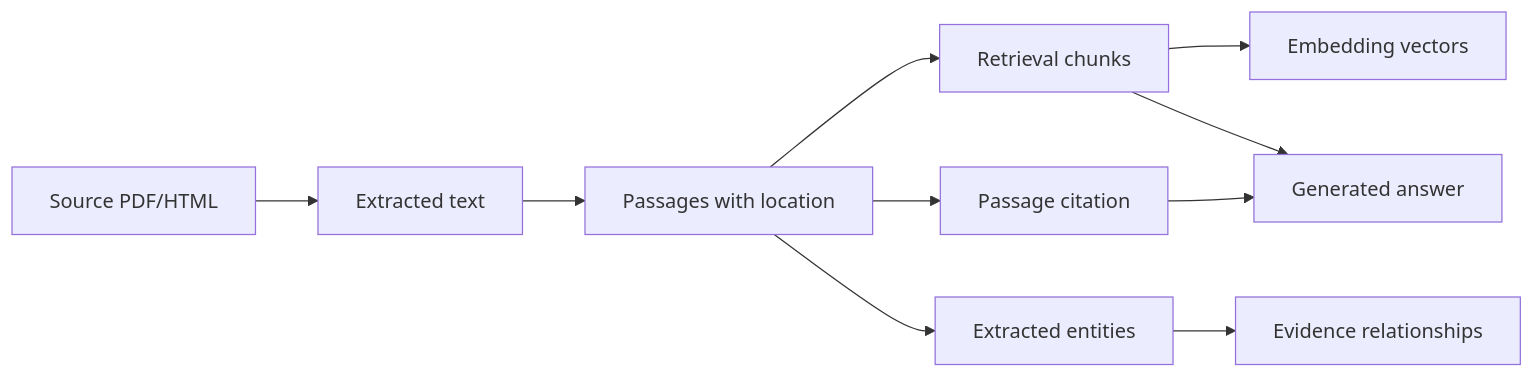
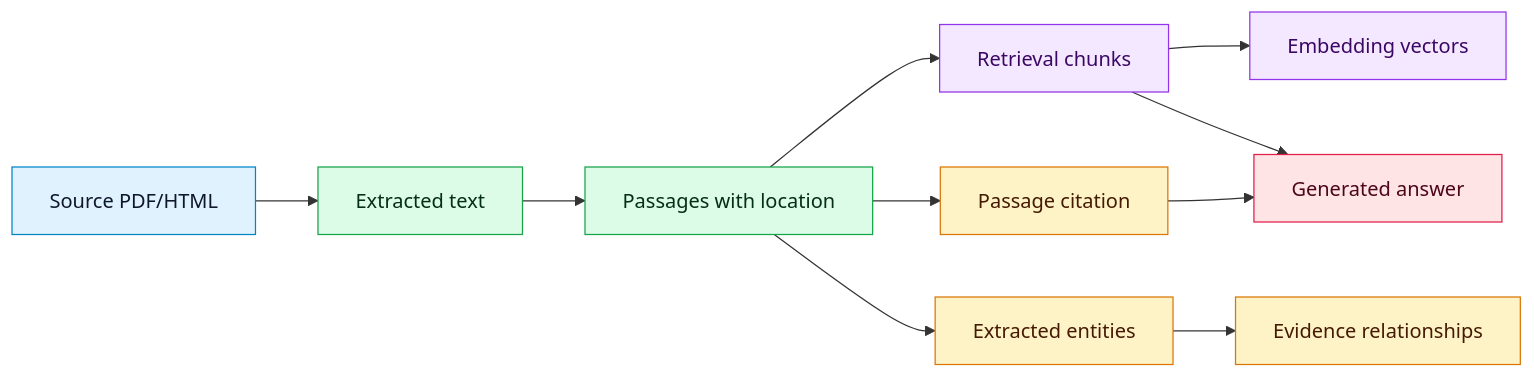
The diagram in docs/architecture/DATA_ARCHITECTURE.md (bluefate/spacebio-evidence-engine), drawn with Mermaid before and after one commit. The commit also changed 24 other files, not shown here.

````diff
--- a/docs/architecture/DATA_ARCHITECTURE.md
+++ b/docs/architecture/DATA_ARCHITECTURE.md
@@ -13,12 +13,24 @@
 ```mermaid
 flowchart LR
   PDF["Source PDF/HTML"] --> Text["Extracted text"]
   Text --> Passage["Passages with location"]
   Passage --> Chunk["Retrieval chunks"]
   Chunk --> Embedding["Embedding vectors"]
   Passage --> Entity["Extracted entities"]
   Entity --> Relationship["Evidence relationships"]
   Chunk --> Answer["Generated answer"]
   Passage --> Citation["Passage citation"]
   Citation --> Answer
+
+  classDef source fill:#E0F2FE,stroke:#0284C7,color:#0F172A
+  classDef processed fill:#DCFCE7,stroke:#16A34A,color:#052E16
+  classDef retrieval fill:#F3E8FF,stroke:#9333EA,color:#3B0764
+  classDef evidence fill:#FEF3C7,stroke:#D97706,color:#451A03
+  classDef generated fill:#FFE4E6,stroke:#E11D48,color:#4C0519
+
+  class PDF source
+  class Text,Passage processed
+  class Chunk,Embedding retrieval
+  class Entity,Relationship,Citation evidence
+  class Answer generated
 ```
````
